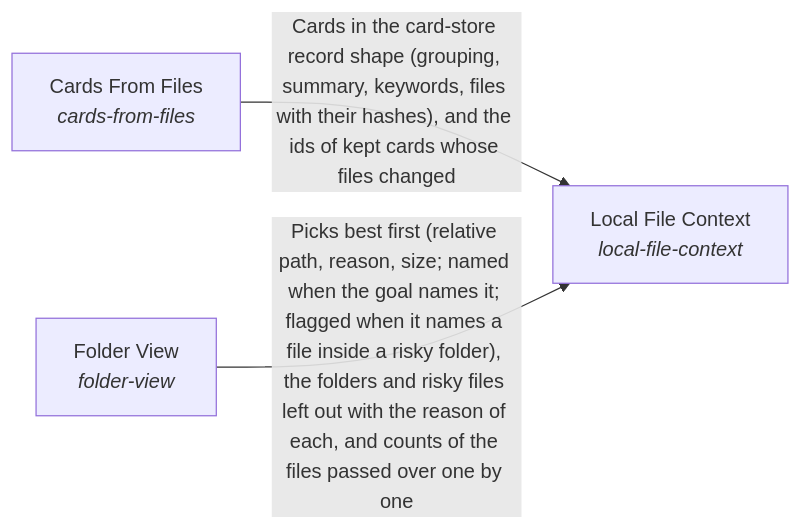
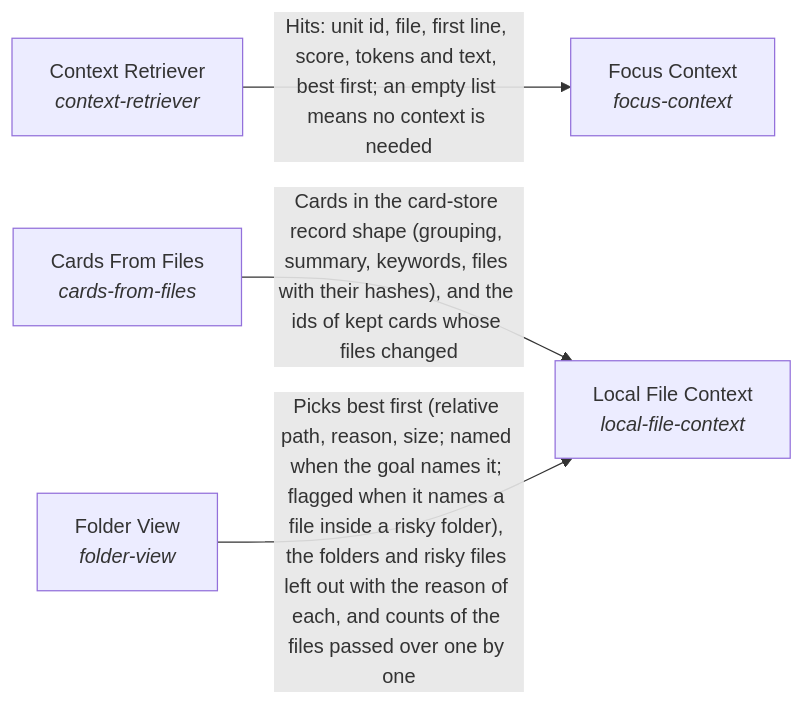
One commit to SpiritualData/ai-hub-of-hubs-structure changed the diagram in hubofhubs/the_intelligence/subconscious/README.md. Above: the diagram before and after it, drawn with Mermaid. The commit also changed other lines of this file and 145 other files, not shown here.

First line of the commit message:
Terminal fixes, opencode integration, focus context, answer check

````diff
--- a/hubofhubs/the_intelligence/subconscious/README.md
+++ b/hubofhubs/the_intelligence/subconscious/README.md
@@ -17,8 +17,11 @@
 ```mermaid
 flowchart LR
-    s0["Local File Context<br/><i>local-file-context</i>"]
-    s1["Cards From Files<br/><i>cards-from-files</i>"]
-    s2["Folder View<br/><i>folder-view</i>"]
-    s1 -->|"Cards in the card-store record shape (grouping, summary, keywords, files with their hashes), and the ids of kept cards whose files changed"| s0
-    s2 -->|"Picks best first (relative path, reason, size; named when the goal names it; flagged when it names a file inside a risky folder), the folders and risky files left out with the reason of each, and counts of the files passed over one by one"| s0
+    s0["Context Retriever<br/><i>context-retriever</i>"]
+    s1["Focus Context<br/><i>focus-context</i>"]
+    s2["Local File Context<br/><i>local-file-context</i>"]
+    s3["Cards From Files<br/><i>cards-from-files</i>"]
+    s4["Folder View<br/><i>folder-view</i>"]
+    s0 -->|"Hits: unit id, file, first line, score, tokens and text, best first; an empty list means no context is needed"| s1
+    s3 -->|"Cards in the card-store record shape (grouping, summary, keywords, files with their hashes), and the ids of kept cards whose files changed"| s2
+    s4 -->|"Picks best first (relative path, reason, size; named when the goal names it; flagged when it names a file inside a risky folder), the folders and risky files left out with the reason of each, and counts of the files passed over one by one"| s2
 ```
````
